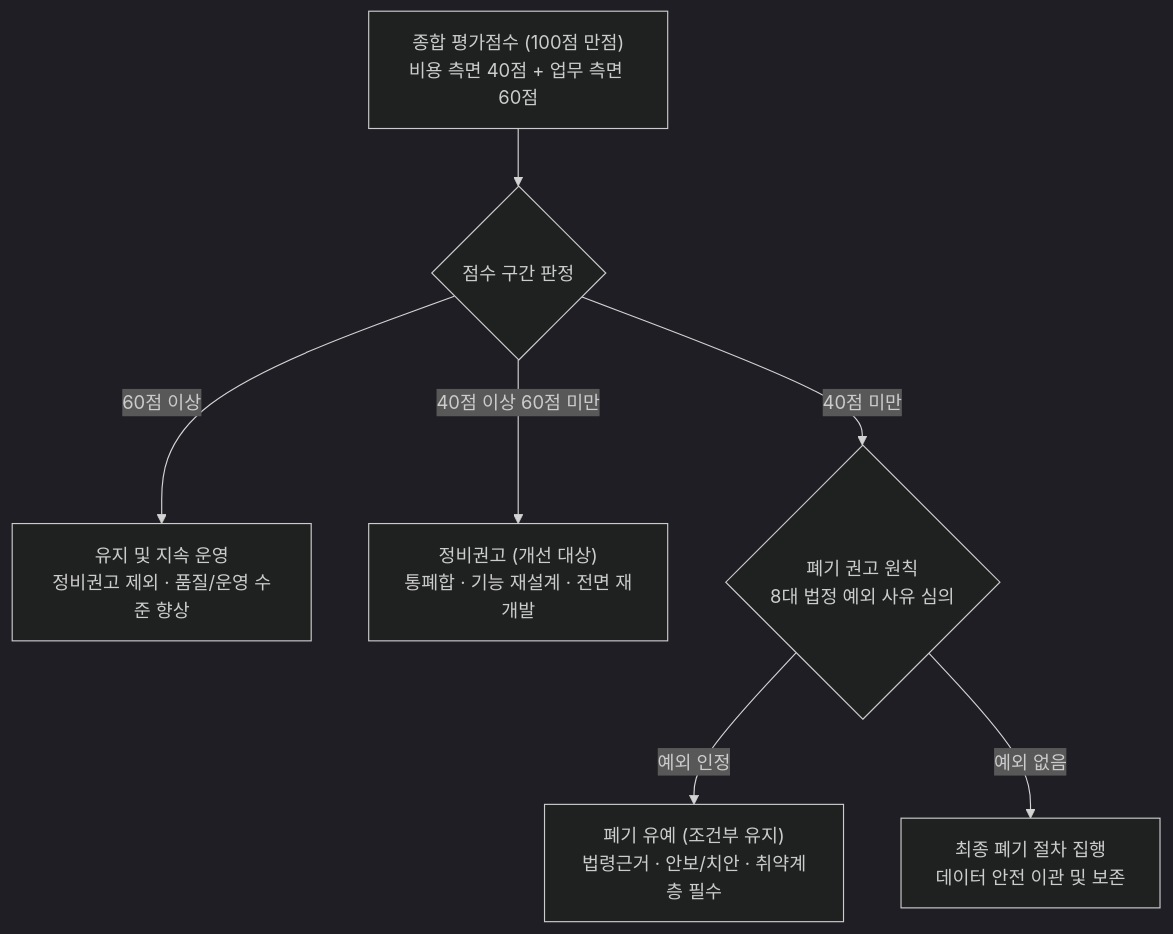
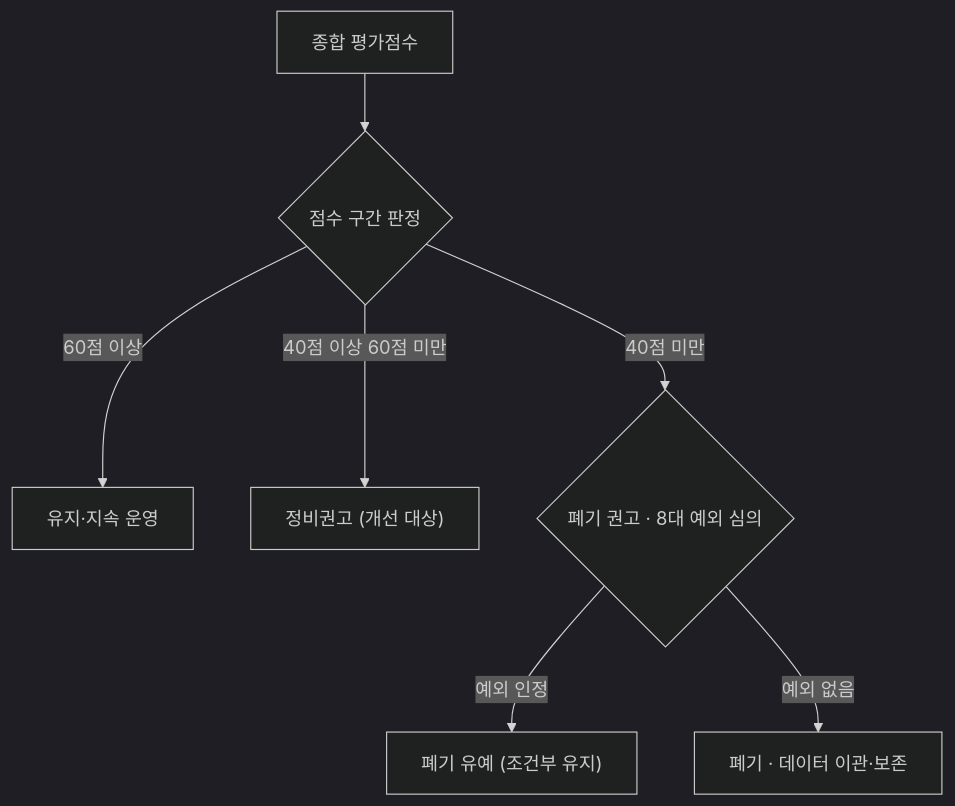
One commit to agnusdei1207/study changed the first of 2 diagrams in src/content/docs/notes/itpe/01-it-strategy/079_information_system_operation_performance_management.md. Above: the diagram before and after it, drawn with Mermaid (dark theme). The commit also changed other lines of this file and 19 other files, not shown here.

````diff
--- a/src/content/docs/notes/itpe/01-it-strategy/079_information_system_operation_performance_management.md
+++ b/src/content/docs/notes/itpe/01-it-strategy/079_information_system_operation_performance_management.md
@@ -77,11 +77,11 @@
 ```mermaid
 flowchart TD
-    TOTAL["종합 평가점수 (100점 만점)<br/>비용 측면 40점 + 업무 측면 60점"] --> JUDGE{"점수 구간 판정"}
+    TOTAL["종합 평가점수"] --> JUDGE{"점수 구간 판정"}
 
-    JUDGE -->|60점 이상| S_KEEP["유지 및 지속 운영<br/>정비권고 제외 · 품질/운영 수준 향상"]
-    JUDGE -->|40점 이상 60점 미만| S_IMPROVE["정비권고 (개선 대상)<br/>통폐합 · 기능 재설계 · 전면 재개발"]
-    JUDGE -->|40점 미만| S_DISCARD{"폐기 권고 원칙<br/>8대 법정 예외 사유 심의"}
+    JUDGE -->|60점 이상| S_KEEP["유지·지속 운영"]
+    JUDGE -->|40점 이상 60점 미만| S_IMPROVE["정비권고 (개선 대상)"]
+    JUDGE -->|40점 미만| S_DISCARD{"폐기 권고 · 8대 예외 심의"}
 
-    S_DISCARD -->|예외 인정| S_HOLD["폐기 유예 (조건부 유지)<br/>법령근거 · 안보/치안 · 취약계층 필수"]
-    S_DISCARD -->|예외 없음| S_END["최종 폐기 절차 집행<br/>데이터 안전 이관 및 보존"]
+    S_DISCARD -->|예외 인정| S_HOLD["폐기 유예 (조건부 유지)"]
+    S_DISCARD -->|예외 없음| S_END["폐기 · 데이터 이관·보존"]
 ```
````
